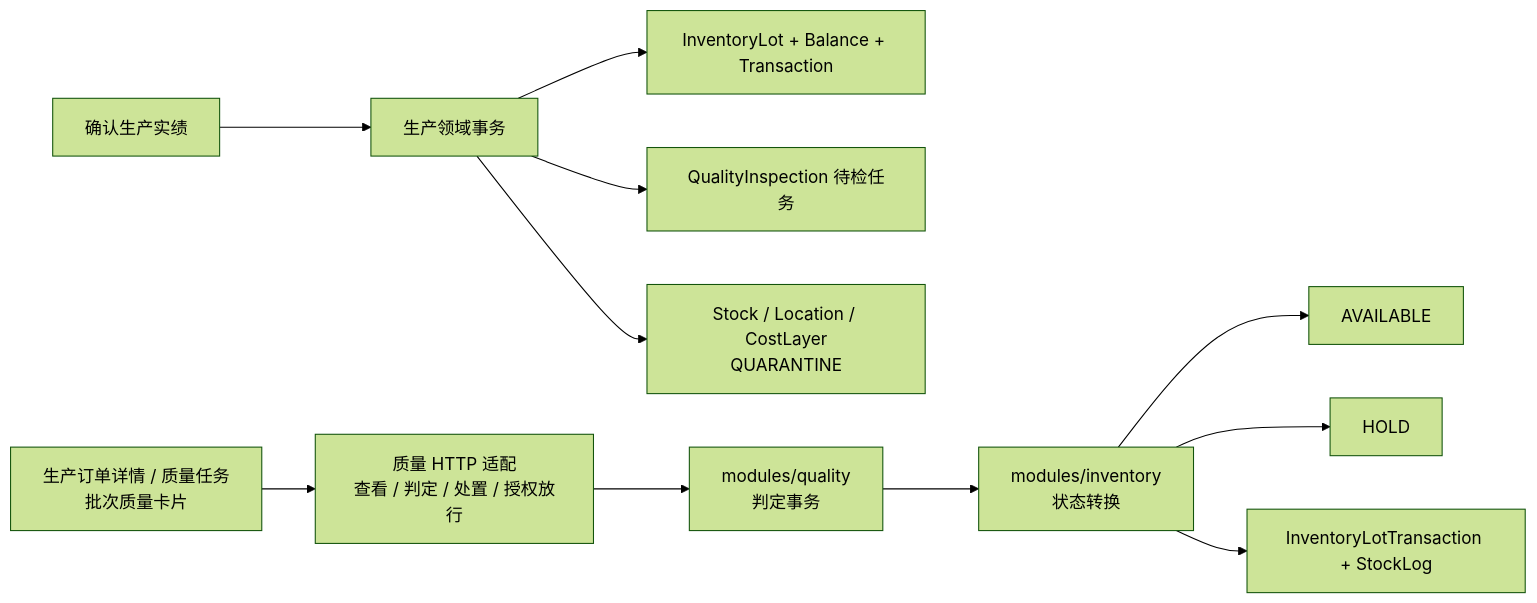
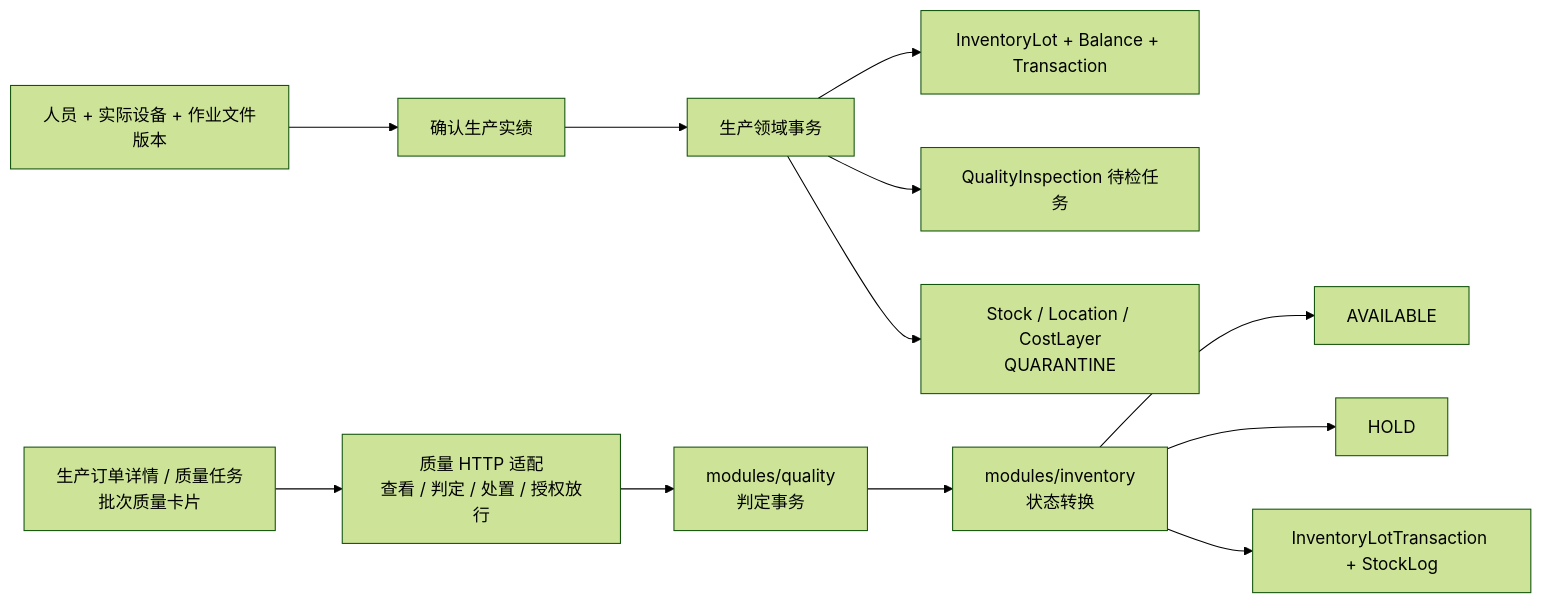
Before and after one commit to goldf2/mes-lite: the seventh of 9 diagrams in docs/architecture/系统结构图.md, drawn with Mermaid (forest theme). The commit also changed other lines of this file and 230 other files, not shown here.

Commit message:
feat: freeze production actual execution context

````diff
--- a/docs/architecture/系统结构图.md
+++ b/docs/architecture/系统结构图.md
@@ -159,13 +159,14 @@
 ```mermaid
 flowchart LR
-  Actual["确认生产实绩"] --> Production["生产领域事务"]
+  Context["人员 + 实际设备 + 作业文件版本"] --> Actual["确认生产实绩"]
+  Actual --> Production["生产领域事务"]
   Production --> Lot["InventoryLot + Balance + Transaction"]
   Production --> Inspection["QualityInspection 待检任务"]
   Production --> Quarantine["Stock / Location / CostLayer\nQUARANTINE"]
   OrderDetail["生产订单详情 / 质量任务\n批次质量卡片"] --> API["质量 HTTP 适配\n查看 / 判定 / 处置 / 授权放行"]
   API --> Quality["modules/quality\n判定事务"]
   Quality --> Inventory["modules/inventory\n状态转换"]
   Inventory --> Available["AVAILABLE"]
   Inventory --> Hold["HOLD"]
   Inventory --> Log["InventoryLotTransaction + StockLog"]
 ```
````
